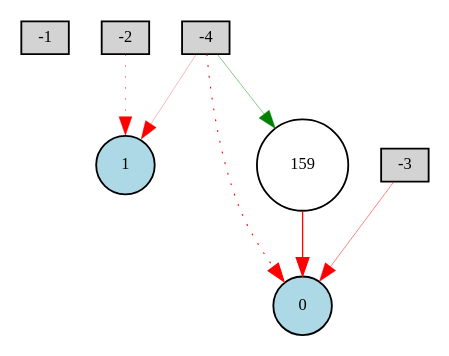
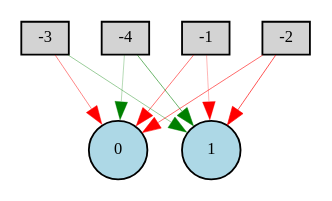
The diagram in Digraph.gv (0x0is1/racing-game-with-ai), drawn with Graphviz before and after one commit. The commit also changed 5 other files, not shown here.

```diff
--- a/Digraph.gv
+++ b/Digraph.gv
@@ -1,16 +1,17 @@
 digraph {
 	node [fontsize=9 height=0.2 shape=circle width=0.2]
 	-1 [fillcolor=lightgray shape=box style=filled]
 	-2 [fillcolor=lightgray shape=box style=filled]
 	-3 [fillcolor=lightgray shape=box style=filled]
 	-4 [fillcolor=lightgray shape=box style=filled]
 	0 [fillcolor=lightblue style=filled]
 	1 [fillcolor=lightblue style=filled]
-	159 [fillcolor=white style=filled]
-	-2 -> 1 [color=red penwidth=0.30083972537263426 style=dotted]
-	-3 -> 0 [color=red penwidth=0.27214478345964055 style=solid]
-	-4 -> 0 [color=red penwidth=0.6055727185596145 style=dotted]
-	-4 -> 1 [color=red penwidth=0.1577579603710209 style=solid]
-	-4 -> 159 [color=green penwidth=0.25472343560166777 style=solid]
-	159 -> 0 [color=red penwidth=0.7074313293663771 style=solid]
+	-1 -> 0 [color=red penwidth=0.30180718506065507 style=solid]
+	-1 -> 1 [color=red penwidth=0.1556249497788466 style=solid]
+	-2 -> 0 [color=red penwidth=0.31805098316376457 style=solid]
+	-2 -> 1 [color=red penwidth=0.36730852000495895 style=solid]
+	-3 -> 0 [color=red penwidth=0.2606111868648092 style=solid]
+	-3 -> 1 [color=green penwidth=0.21573899208355912 style=solid]
+	-4 -> 0 [color=green penwidth=0.1603759806730342 style=solid]
+	-4 -> 1 [color=green penwidth=0.3242228812949644 style=solid]
 }
```
